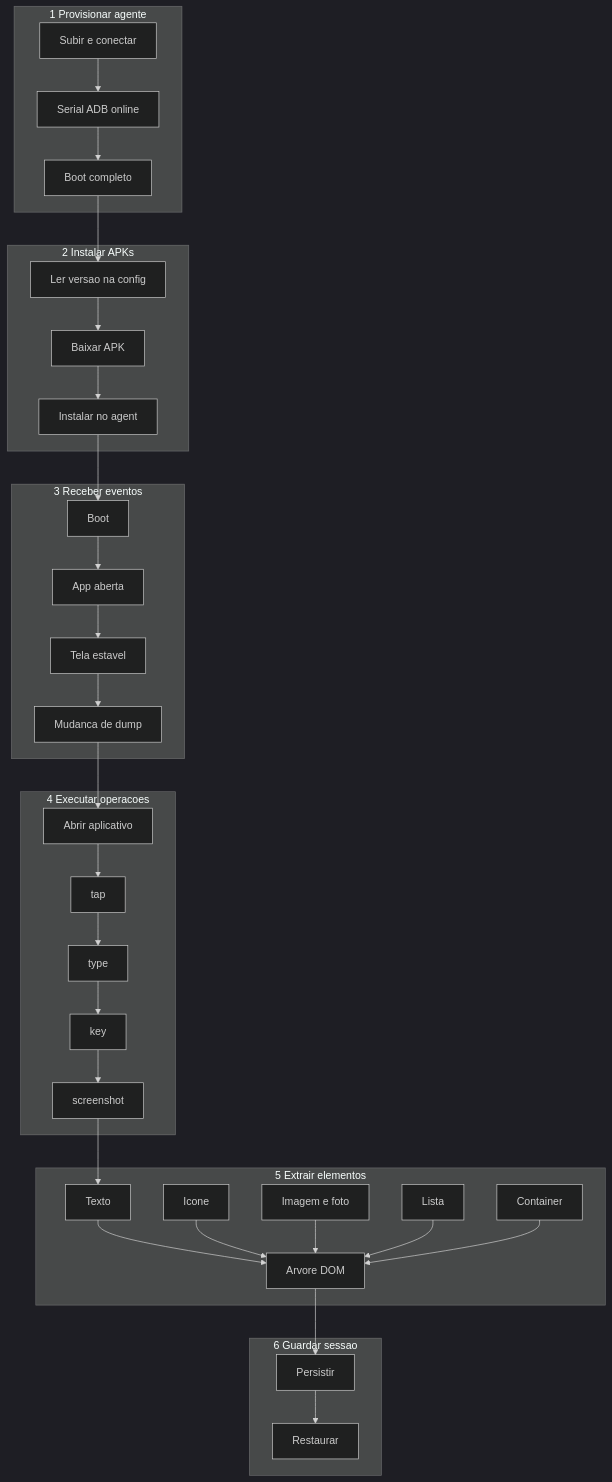
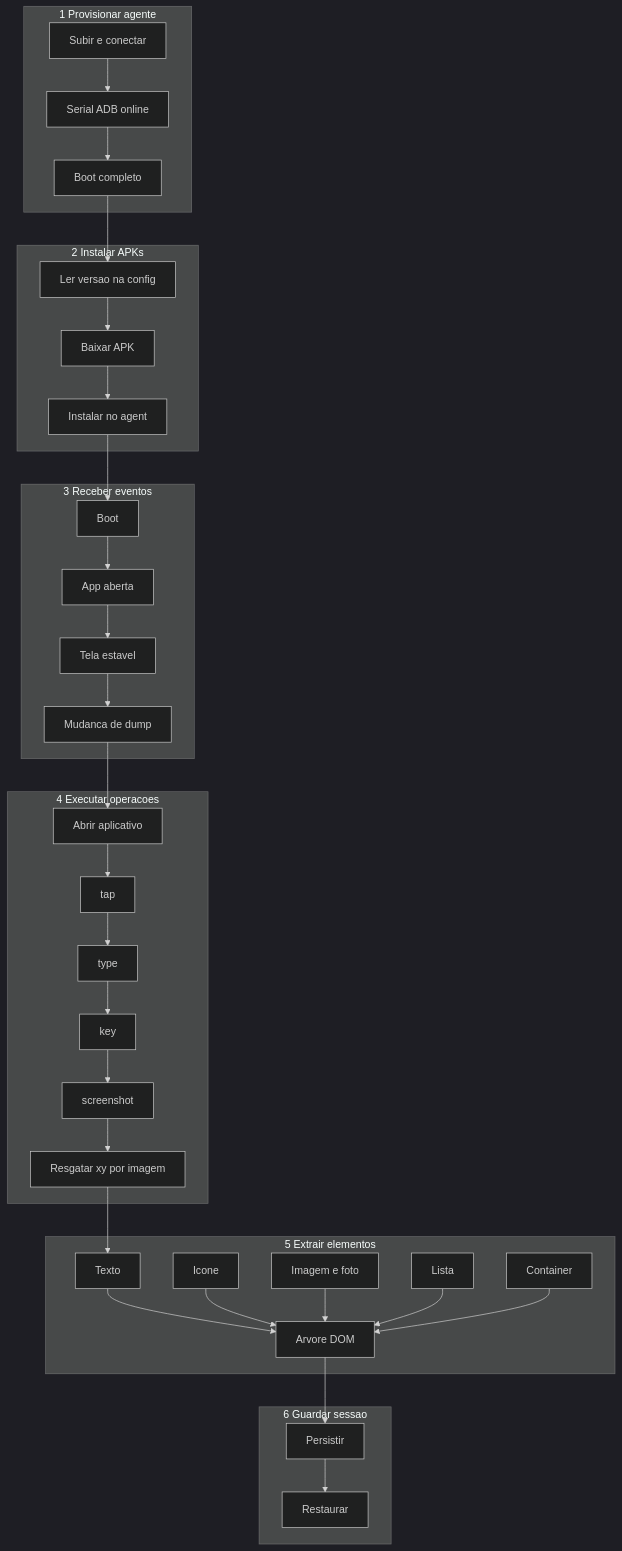
One commit to laerciogermano/workstation changed the first of 3 diagrams in core/tasks/README.md. Above: the diagram before and after it, drawn with Mermaid (dark theme). The commit also changed other lines of this file and 2 other files, not shown here.

First line of the commit message:
Adiciona resgate de coordenadas x,y a partir de imagem nas operações.

````diff
--- a/core/tasks/README.md
+++ b/core/tasks/README.md
@@ -48,43 +49,44 @@
 ```mermaid
 flowchart TB
   subgraph P[1 Provisionar agente]
     P1[Subir e conectar] --> P2[Serial ADB online]
     P2 --> P3[Boot completo]
   end
 
   subgraph I[2 Instalar APKs]
     I1[Ler versao na config] --> I2[Baixar APK]
     I2 --> I3[Instalar no agent]
   end
 
   subgraph E[3 Receber eventos]
     E1[Boot] --> E2[App aberta]
     E2 --> E3[Tela estavel]
     E3 --> E4[Mudanca de dump]
   end
 
   subgraph O[4 Executar operacoes]
     O1[Abrir aplicativo] --> O2[tap]
     O2 --> O3[type]
     O3 --> O4[key]
     O4 --> O5[screenshot]
+    O5 --> O6[Resgatar xy por imagem]
   end
 
   subgraph X[5 Extrair elementos]
     X1[Texto] --> X6[Arvore DOM]
     X2[Icone] --> X6
     X3[Imagem e foto] --> X6
     X4[Lista] --> X6
     X5[Container] --> X6
   end
 
   subgraph S[6 Guardar sessao]
     S1[Persistir] --> S2[Restaurar]
   end
 
   P3 --> I1
   I3 --> E1
   E4 --> O1
-  O5 --> X1
+  O6 --> X1
   X6 --> S1
 ```
````
